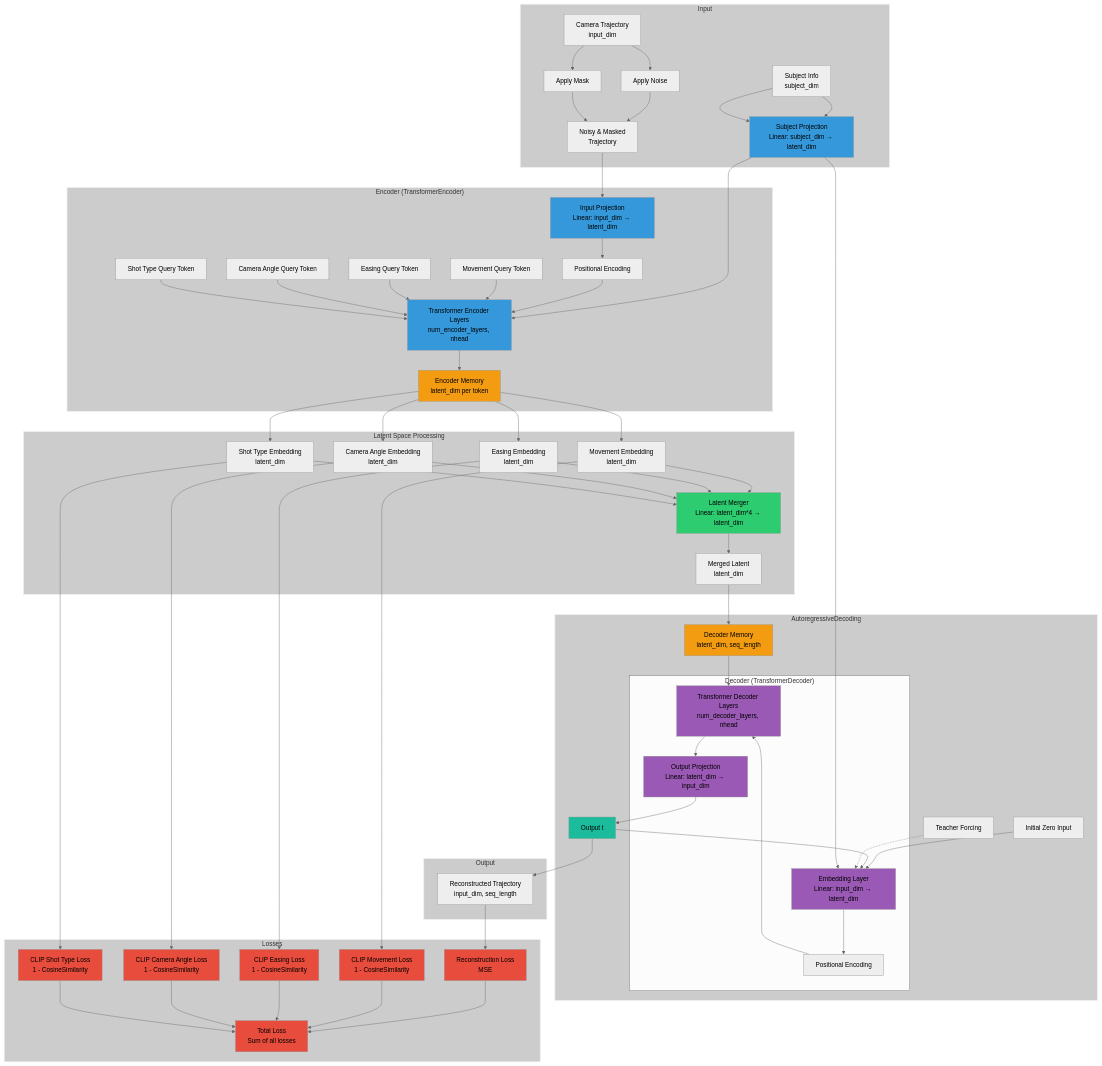
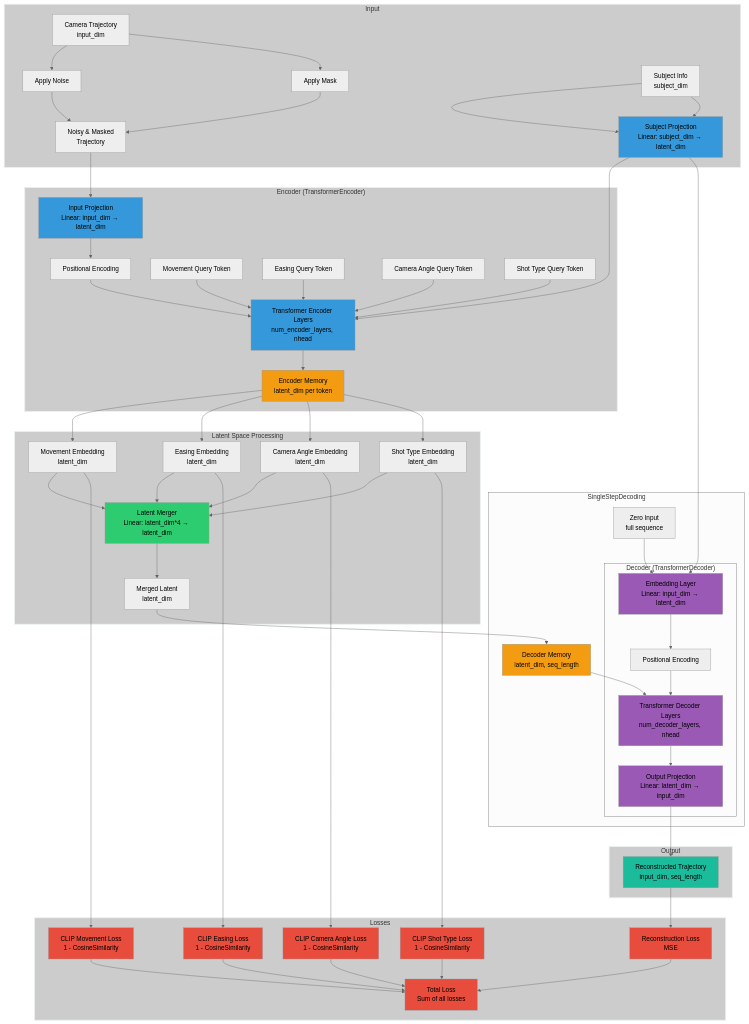
The diagram in README.md (ZahraDehghanian97/LensCraft), drawn with Mermaid (neutral theme) before and after one commit. The commit also changed other lines of this file and 39 other files, not shown here.

```diff
--- a/README.md
+++ b/README.md
@@ -33,16 +33,14 @@
         K[Merged Latent<br>latent_dim]
     end
 
-    subgraph AutoregressiveDecoding
+    subgraph SingleStepDecoding
         subgraph Decoder["Decoder (TransformerDecoder)"]
             L[Embedding Layer<br>Linear: input_dim → latent_dim]
             M[Positional Encoding]
             N[Transformer Decoder Layers<br>num_decoder_layers, nhead]
             O[Output Projection<br>Linear: latent_dim → input_dim]
         end
-        P[Initial Zero Input]
-        Q[Teacher Forcing]
-        R1[Output t]
+        P[Zero Input<br>full sequence]
         M2[Decoder Memory<br>latent_dim, seq_length]
     end
 
@@ -70,10 +68,7 @@
     M2 --> N
     P --> L
     L --> M --> N
-    N --> O --> R1
-    R1 --> L
-    Q -.-> L
-    R1 --> R
+    N --> O --> R
     R --> S1
     I1 --> S2
     I2 --> S3
@@ -93,7 +88,7 @@
     style O fill:#9b59b6
     style M1 fill:#f39c12
     style M2 fill:#f39c12
-    style R1 fill:#1abc9c
+    style R fill:#1abc9c
     style S1 fill:#e74c3c
     style S2 fill:#e74c3c
     style S3 fill:#e74c3c
```
